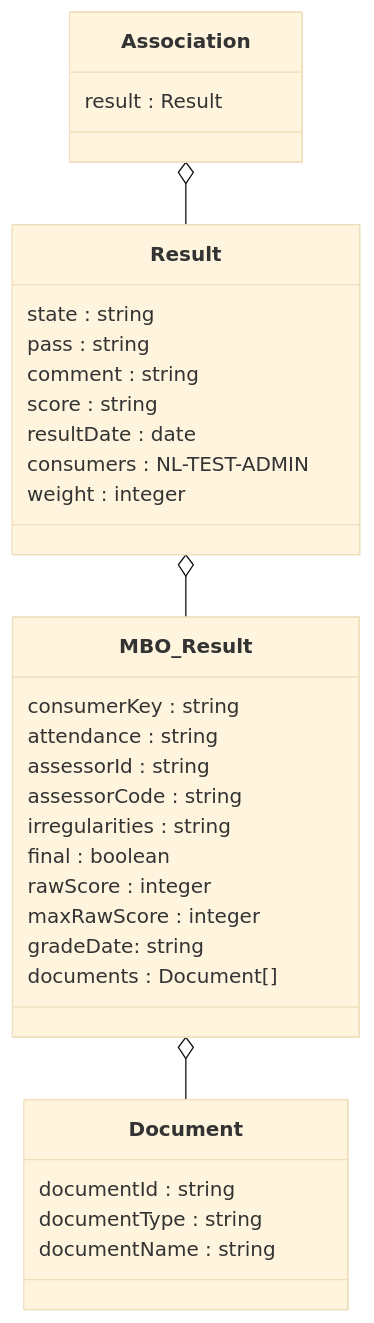
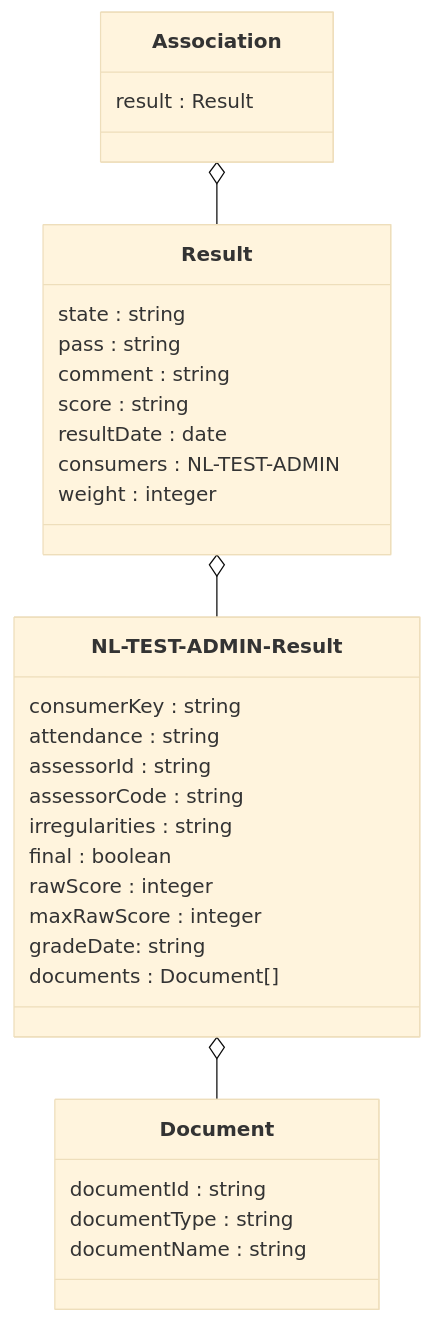
One commit to NetwerkExamineringDigitalisering/NED-OOAPI changed the second of 2 diagrams in doc/flow5.md. Above: the diagram before and after it, drawn with Mermaid (base theme). The commit also changed 4 other files, not shown here.

Commit message:
fix mermaid issues with dashes

````diff
--- a/doc/flow5.md
+++ b/doc/flow5.md
@@ -24,35 +24,35 @@
 ```mermaid
 classDiagram
     class Association {
 	result : Result
     }
     class Result {
     	state : string
 	pass : string
 	comment : string
 	score : string
 	resultDate : date
 	consumers : NL-TEST-ADMIN
 	weight : integer
     }
-    class MBO_Result {
+    class `NL-TEST-ADMIN-Result` {
 	consumerKey : string
 	attendance : string
 	assessorId : string
 	assessorCode : string 
 	irregularities : string
 	final : boolean 
 	rawScore : integer 
 	maxRawScore : integer
 	gradeDate: string
 	documents : Document[]
     }
     class Document {
 	documentId : string
 	documentType : string
 	documentName : string
     }
     Association o-- Result
-    Result o-- MBO_Result
-    MBO_Result o-- Document
+    Result o-- `NL-TEST-ADMIN-Result`
+    `NL-TEST-ADMIN-Result` o-- Document
 ```
````
